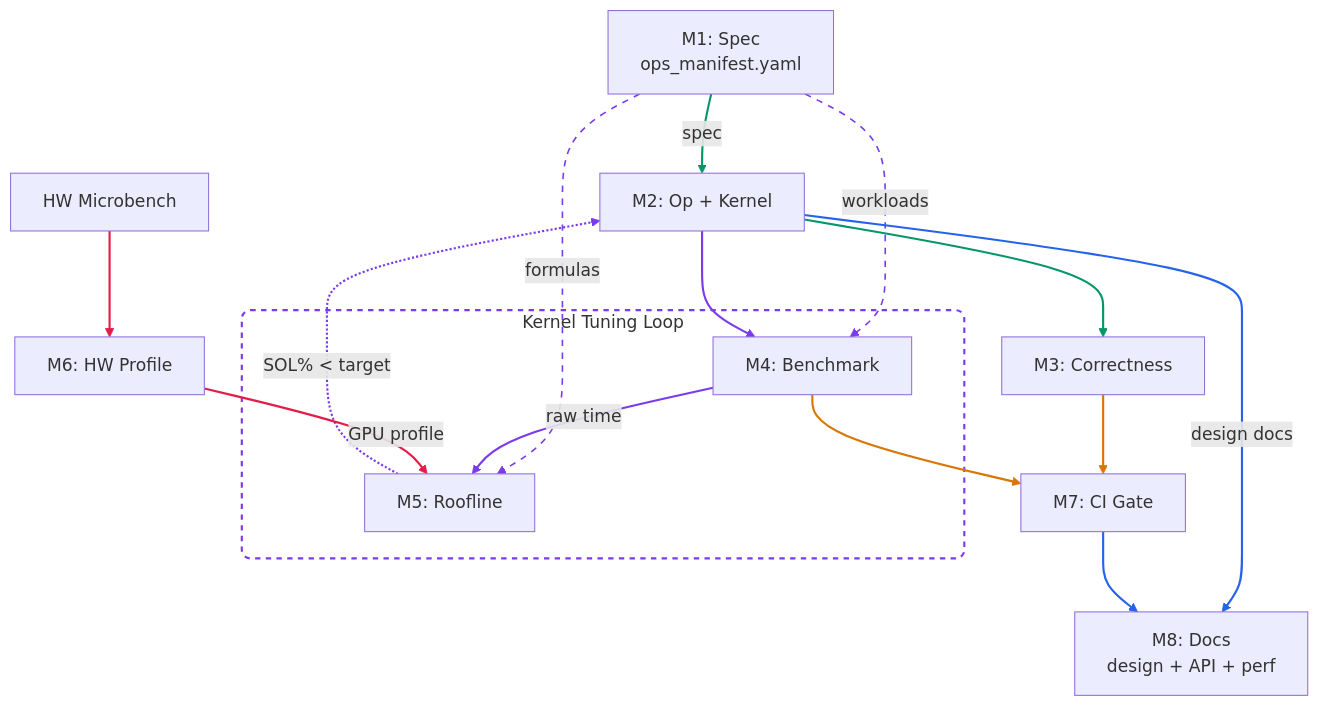
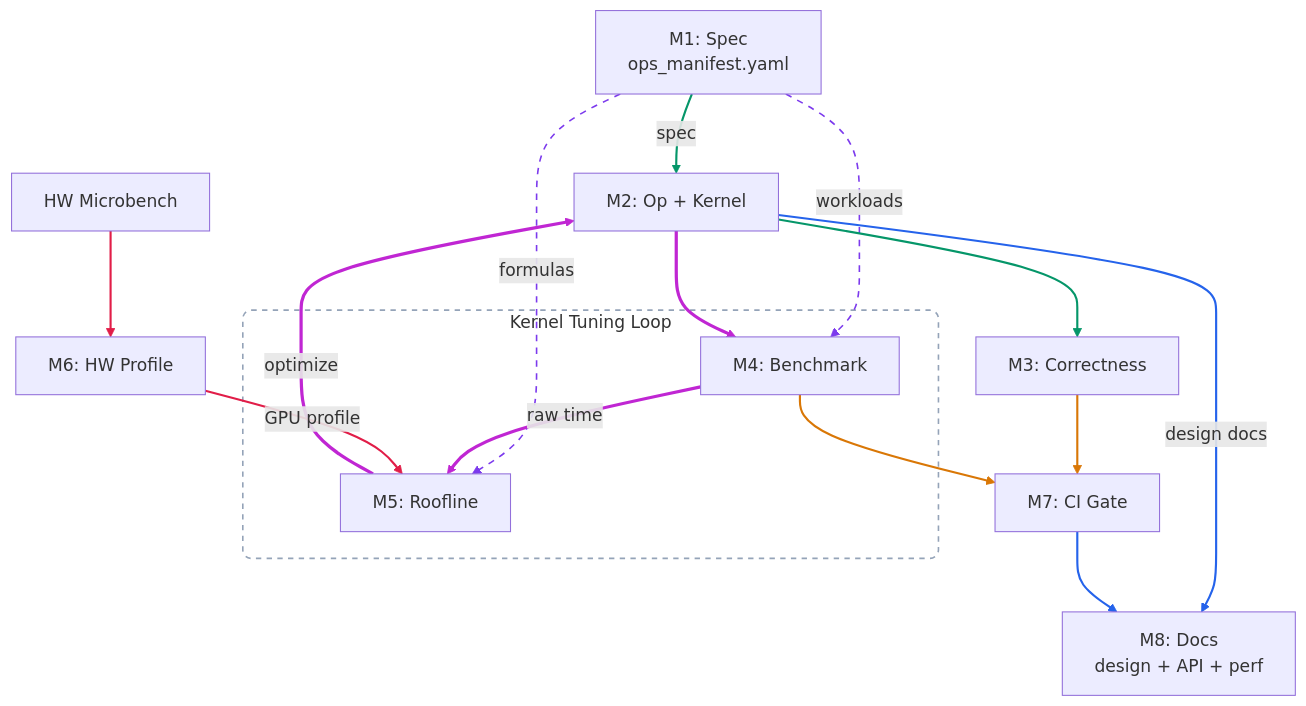
One commit to tile-ai/TileOPs changed the diagram in docs/architecture.md. Above: the diagram before and after it, drawn with Mermaid.

Commit message:
[Doc] Make tuning loop visually distinct
- Loop edges (M2→M4→M5→M2): fuchsia #c026d3, 3px solid
- Subgraph border: neutral slate #94a3b8, no longer clashing with edges
- M5→M2 feedback: solid line (was dashed), closing the visual loop

````diff
--- a/docs/architecture.md
+++ b/docs/architecture.md
@@ -13,43 +13,43 @@
 ```mermaid
 graph TD
     M1["M1: Spec<br/>ops_manifest.yaml"]
     M2["M2: Op + Kernel"]
     M3["M3: Correctness"]
     M6["M6: HW Profile"]
     HW["HW Microbench"]
     M7["M7: CI Gate"]
     M8["M8: Docs<br/>design + API + perf"]
 
     subgraph loop ["Kernel Tuning Loop"]
         M4["M4: Benchmark"]
         M5["M5: Roofline"]
     end
 
     M1 -- "spec" --> M2
     M1 -- "workloads" --> M4
     M1 -- "formulas" --> M5
     M2 --> M3
 
     M2 --> M4
     M4 -- "raw time" --> M5
-    M5 -. "SOL% < target" .-> M2
+    M5 -- "optimize" --> M2
 
     HW --> M6
     M6 -- "GPU profile" --> M5
 
     M3 --> M7
     M4 --> M7
 
     M2 -- "design docs" --> M8
     M7 --> M8
 
-    style loop fill:none,stroke:#7c3aed,stroke-width:2px,stroke-dasharray:5,rx:8,ry:8
+    style loop fill:none,stroke:#94a3b8,stroke-width:1.5px,stroke-dasharray:5,rx:8,ry:8
 
     linkStyle 0 stroke:#059669,stroke-width:2px
     linkStyle 1,2 stroke:#7c3aed,stroke-width:1.5px,stroke-dasharray:6
     linkStyle 3 stroke:#059669,stroke-width:2px
-    linkStyle 4,5,6 stroke:#7c3aed,stroke-width:2px
+    linkStyle 4,5,6 stroke:#c026d3,stroke-width:3px
     linkStyle 7,8 stroke:#e11d48,stroke-width:2px
     linkStyle 9,10 stroke:#d97706,stroke-width:2px
     linkStyle 11,12 stroke:#2563eb,stroke-width:2px
 ```
````
